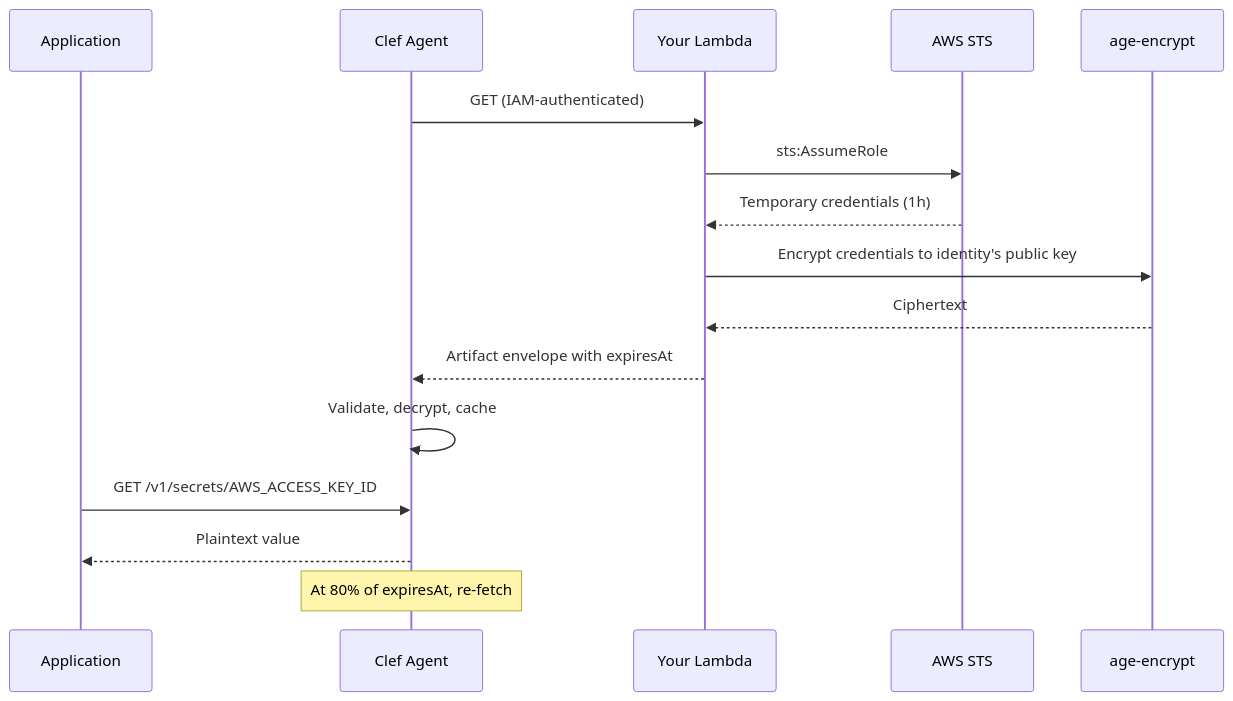
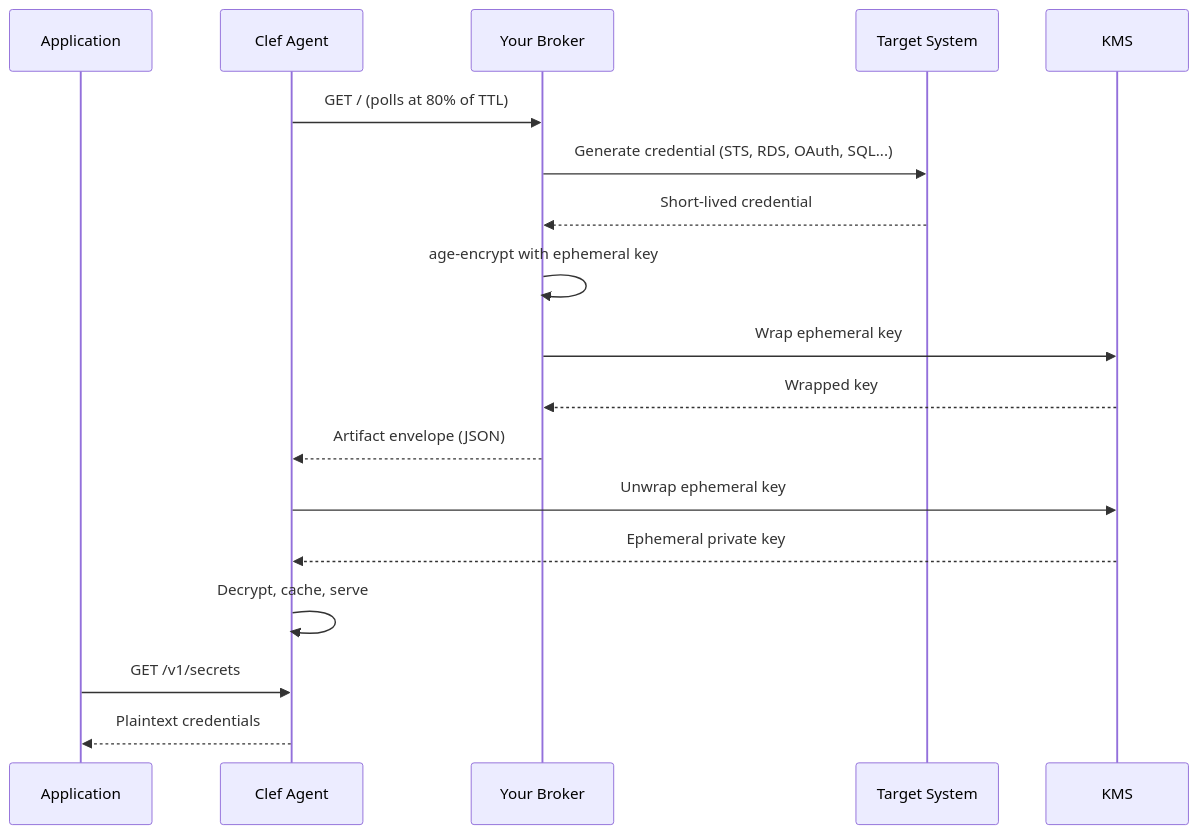
One commit to clef-sh/clef changed the diagram in docs/guide/dynamic-secrets.md. Above: the diagram before and after it, drawn with Mermaid. The commit also changed other lines of this file and 70 other files, not shown here.

````diff
--- a/docs/guide/dynamic-secrets.md
+++ b/docs/guide/dynamic-secrets.md
@@ -50,19 +188,21 @@
 ```mermaid
 sequenceDiagram
     participant App as Application
     participant Agent as Clef Agent
-    participant Lambda as Your Lambda
-    participant STS as AWS STS
-    participant Age as age-encrypt
+    participant Broker as Your Broker
+    participant Target as Target System
+    participant KMS as KMS
 
-    Agent->>Lambda: GET (IAM-authenticated)
-    Lambda->>STS: sts:AssumeRole
-    STS-->>Lambda: Temporary credentials (1h)
-    Lambda->>Age: Encrypt credentials to identity's public key
-    Age-->>Lambda: Ciphertext
-    Lambda-->>Agent: Artifact envelope with expiresAt
-    Agent->>Agent: Validate, decrypt, cache
-    App->>Agent: GET /v1/secrets/AWS_ACCESS_KEY_ID
-    Agent-->>App: Plaintext value
-    Note over Agent: At 80% of expiresAt, re-fetch
+    Agent->>Broker: GET / (polls at 80% of TTL)
+    Broker->>Target: Generate credential (STS, RDS, OAuth, SQL...)
+    Target-->>Broker: Short-lived credential
+    Broker->>Broker: age-encrypt with ephemeral key
+    Broker->>KMS: Wrap ephemeral key
+    KMS-->>Broker: Wrapped key
+    Broker-->>Agent: Artifact envelope (JSON)
+    Agent->>KMS: Unwrap ephemeral key
+    KMS-->>Agent: Ephemeral private key
+    Agent->>Agent: Decrypt, cache, serve
+    App->>Agent: GET /v1/secrets
+    Agent-->>App: Plaintext credentials
 ```
````
